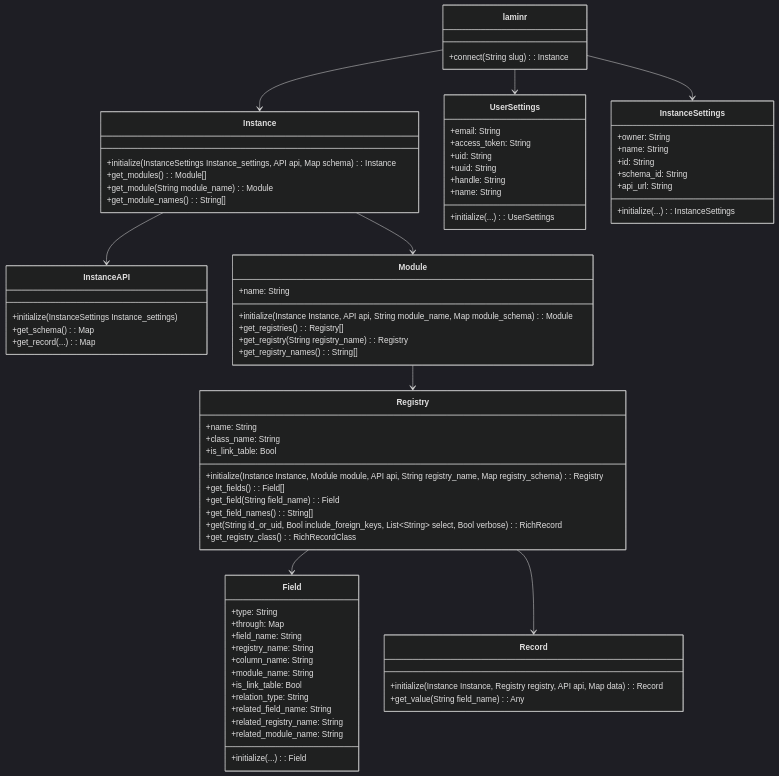
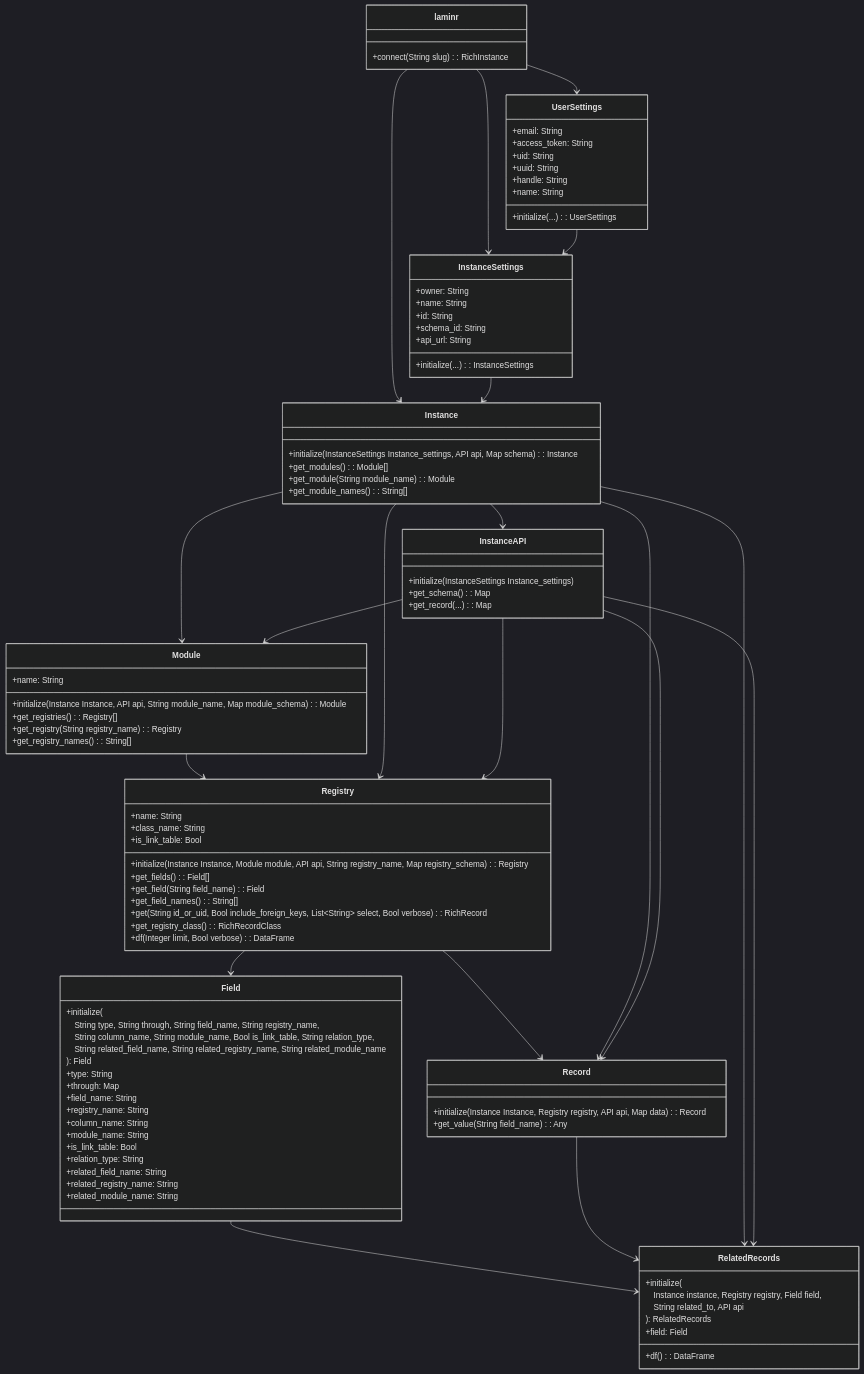
Before and after one commit to laminlabs/laminr: the first of 2 diagrams in vignettes/architecture.qmd, drawn with Mermaid (dark theme). The commit also changed other lines of this file, not shown here.

First line of the commit message:
Add RelatedRecords to architecture.qmd

````diff
--- a/vignettes/architecture.qmd
+++ b/vignettes/architecture.qmd
@@ -29,11 +29,23 @@
     Module --> Registry
     Registry --> Field
     Registry --> Record
+    Field --> RelatedRecords
+    Record --> RelatedRecords
+    UserSettings --> InstanceSettings
+    InstanceSettings --> Instance
+    InstanceAPI --> Module
+    Instance --> Registry
+    InstanceAPI --> Registry
+    Instance --> Record
+    InstanceAPI --> Record
+    Instance --> RelatedRecords
+    InstanceAPI --> RelatedRecords
+    
+    %% Use #emsp; to create indents in the rendered diagram when necessary
     
     class laminr{
-        +connect(String slug): Instance
+        +connect(String slug): RichInstance
     }
-
     class UserSettings{
         +initialize(...): UserSettings
         +email: String
@@ -43,7 +55,6 @@
         +handle: String
         +name: String
     }
-
     class InstanceSettings{
         +initialize(...): InstanceSettings
         +owner: String
@@ -80,9 +91,14 @@
         +get_field_names(): String[]
         +get(String id_or_uid, Bool include_foreign_keys, List~String~ select, Bool verbose): RichRecord
         +get_registry_class(): RichRecordClass
+        +df(Integer limit, Bool verbose): DataFrame
     }
     class Field{
-        +initialize(...): Field
+        +initialize(
+          #emsp;String type, String through, String field_name, String registry_name,
+          #emsp;String column_name, String module_name, Bool is_link_table, String relation_type,
+          #emsp;String related_field_name, String related_registry_name, String related_module_name
+        ): Field
         +type: String
         +through: Map
         +field_name: String
@@ -99,5 +115,13 @@
         +initialize(Instance Instance, Registry registry, API api, Map<String, Any> data): Record
         +get_value(String field_name): Any
     }
+    class RelatedRecords{
+        +initialize(
+          #emsp;Instance instance, Registry registry, Field field,
+          #emsp;String related_to, API api
+        ): RelatedRecords
+        +df(): DataFrame
+        +field: Field
+    }
 %% # nolint end
 ```
````
